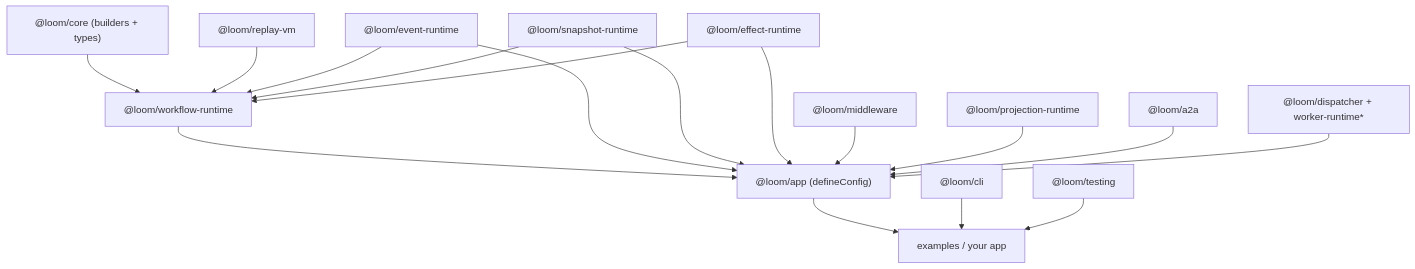
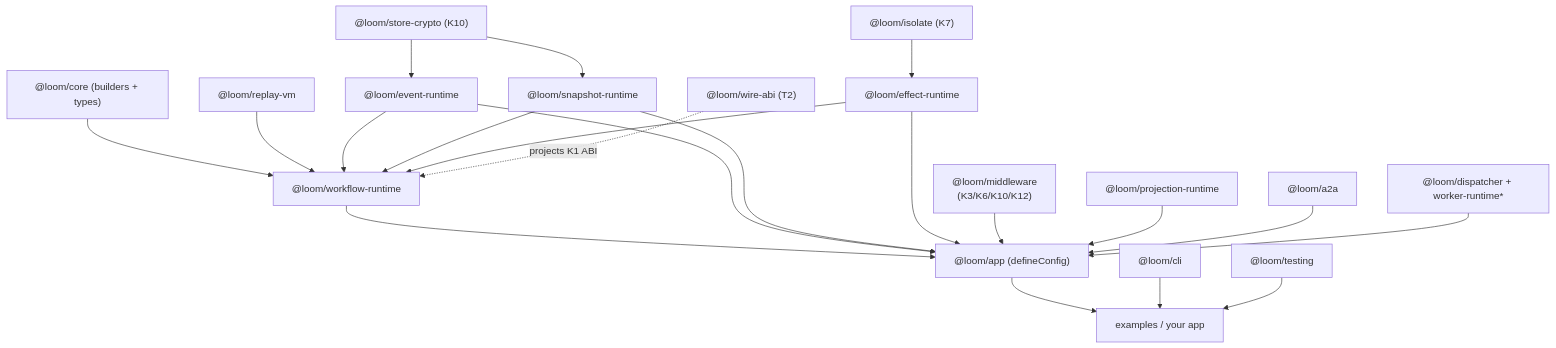
One commit to chhetrisushil/loom changed diagram 11 of 11 in docs/architecture.md. Above: the diagram before and after it, drawn with Mermaid. The commit also changed other lines of this file and 8 other files, not shown here.

First line of the commit message:
docs: kernel-hardening/security coverage, new CLI guide, diagram sync

````diff
--- a/docs/architecture.md
+++ b/docs/architecture.md
@@ -325,28 +357,32 @@
 ```mermaid
 flowchart TB
   core["@loom/core (builders + types)"]
   replay["@loom/replay-vm"]
   events["@loom/event-runtime"]
   snap["@loom/snapshot-runtime"]
   effects["@loom/effect-runtime"]
   wrt["@loom/workflow-runtime"]
   app["@loom/app (defineConfig)"]
 
   core --> wrt
   replay --> wrt
   events --> wrt
   snap --> wrt
   effects --> wrt
   wrt --> app
   events --> app
   snap --> app
   effects --> app
-  mw["@loom/middleware"] --> app
+  mw["@loom/middleware<br/>(K3/K6/K10/K12)"] --> app
   proj["@loom/projection-runtime"] --> app
   a2a["@loom/a2a"] --> app
+  iso["@loom/isolate (K7)"] --> effects
+  crypto["@loom/store-crypto (K10)"] --> events
+  crypto --> snap
+  wire["@loom/wire-abi (T2)"] -. "projects K1 ABI" .-> wrt
 
   app --> examples["examples / your app"]
   cli["@loom/cli"] --> examples
   testing["@loom/testing"] --> examples
   disp["@loom/dispatcher + worker-runtime*"] --> app
 ```
````
